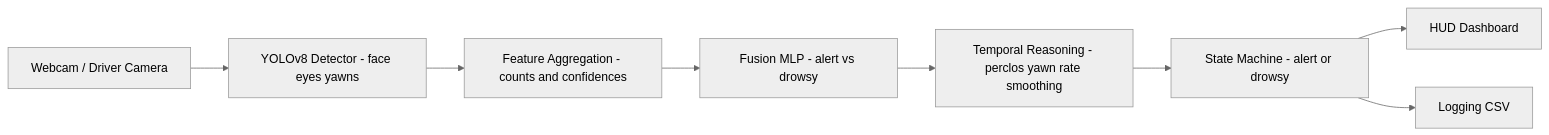
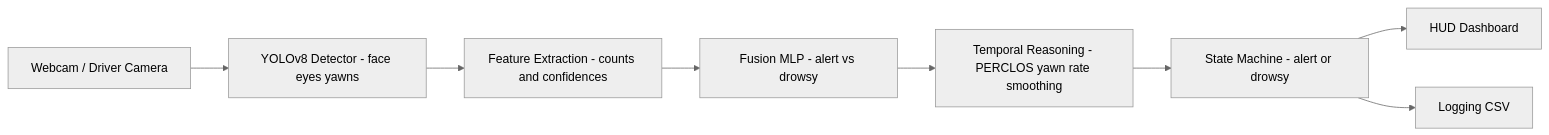
The diagram in README.md (Lmaberd/CVDL-Live-Drowsiness-Detection), drawn with Mermaid (neutral theme) before and after one commit. The commit also changed other lines of this file and 2 other files, not shown here.

````diff
--- a/README.md
+++ b/README.md
@@ -16,12 +101,12 @@
 ``` mermaid
 flowchart LR
     A[Webcam / Driver Camera] --> B[YOLOv8 Detector - face eyes yawns]
-    B --> C[Feature Aggregation - counts and confidences]
+    B --> C[Feature Extraction - counts and confidences]
     C --> D[Fusion MLP - alert vs drowsy]
-    D --> E[Temporal Reasoning - perclos yawn rate smoothing]
+    D --> E[Temporal Reasoning - PERCLOS yawn rate smoothing]
     E --> F[State Machine - alert or drowsy]
 
     F --> G[HUD Dashboard]
     F --> H[Logging CSV]
 
 ```
````
